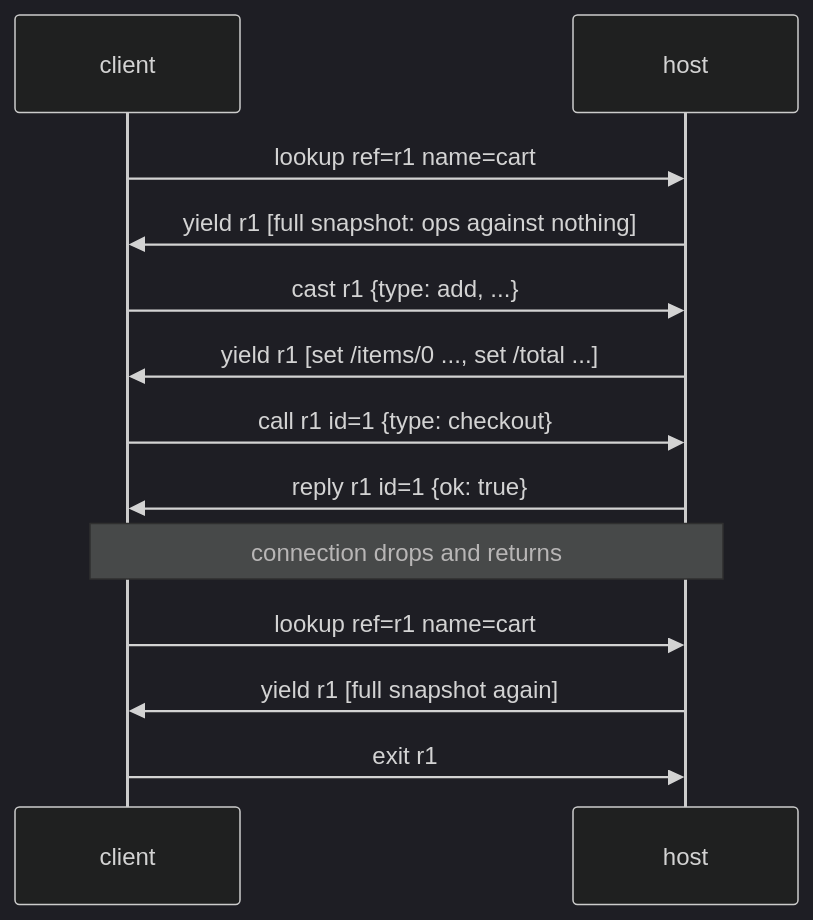
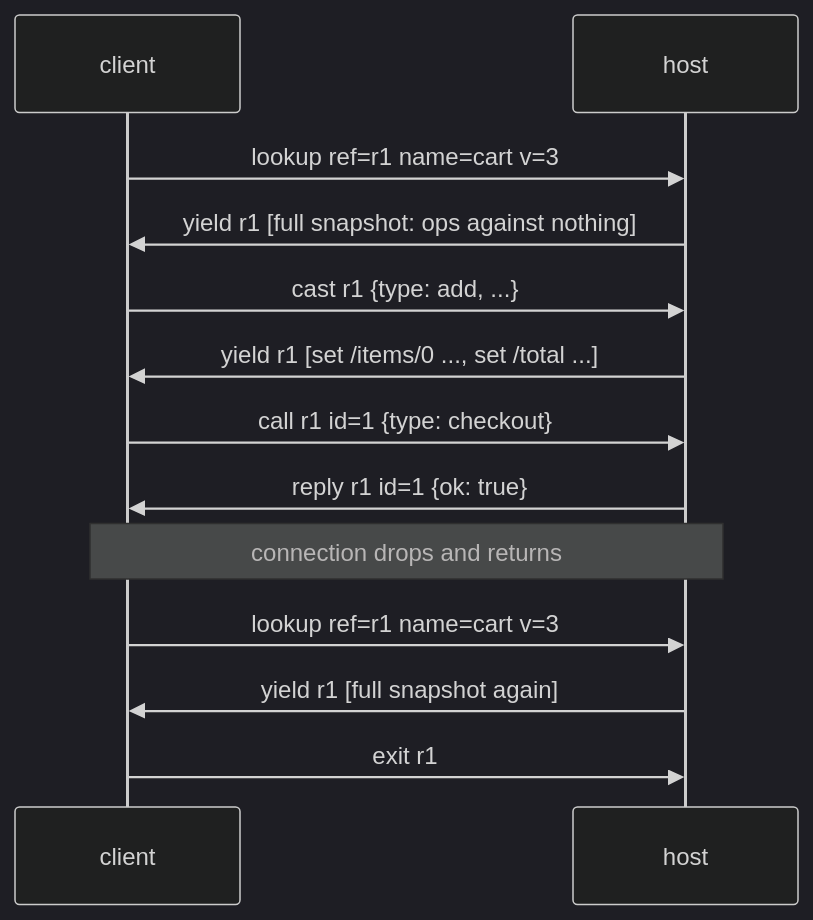
One commit to twfarland/nonchalant changed the diagram in docs/PROTOCOL.md. Above: the diagram before and after it, drawn with Mermaid (dark theme). The commit also changed other lines of this file and 4 other files, not shown here.

````diff
--- a/docs/PROTOCOL.md
+++ b/docs/PROTOCOL.md
@@ -36,15 +44,15 @@
 ```mermaid
 sequenceDiagram
     participant C as client
     participant H as host
-    C->>H: lookup ref=r1 name=cart
+    C->>H: lookup ref=r1 name=cart v=3
     H->>C: yield r1 [full snapshot: ops against nothing]
     C->>H: cast r1 {type: add, ...}
     H->>C: yield r1 [set /items/0 ..., set /total ...]
     C->>H: call r1 id=1 {type: checkout}
     H->>C: reply r1 id=1 {ok: true}
     Note over C,H: connection drops and returns
-    C->>H: lookup ref=r1 name=cart
+    C->>H: lookup ref=r1 name=cart v=3
     H->>C: yield r1 [full snapshot again]
     C->>H: exit r1
 ```
````
